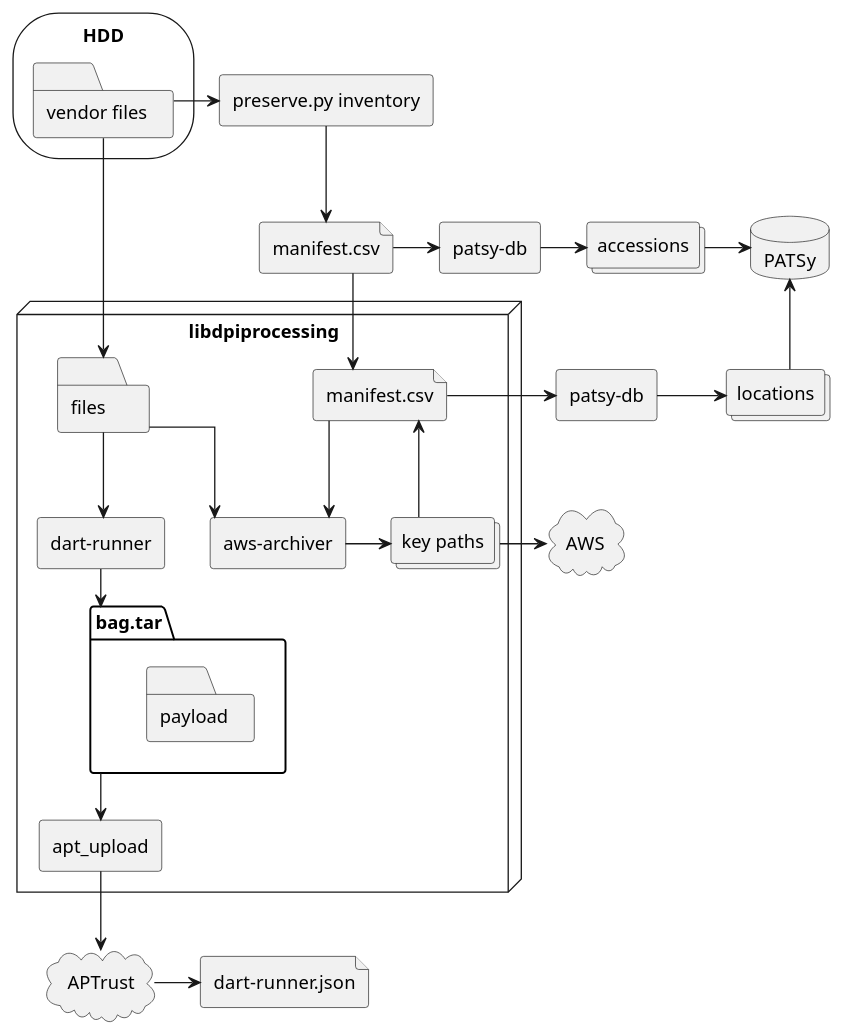
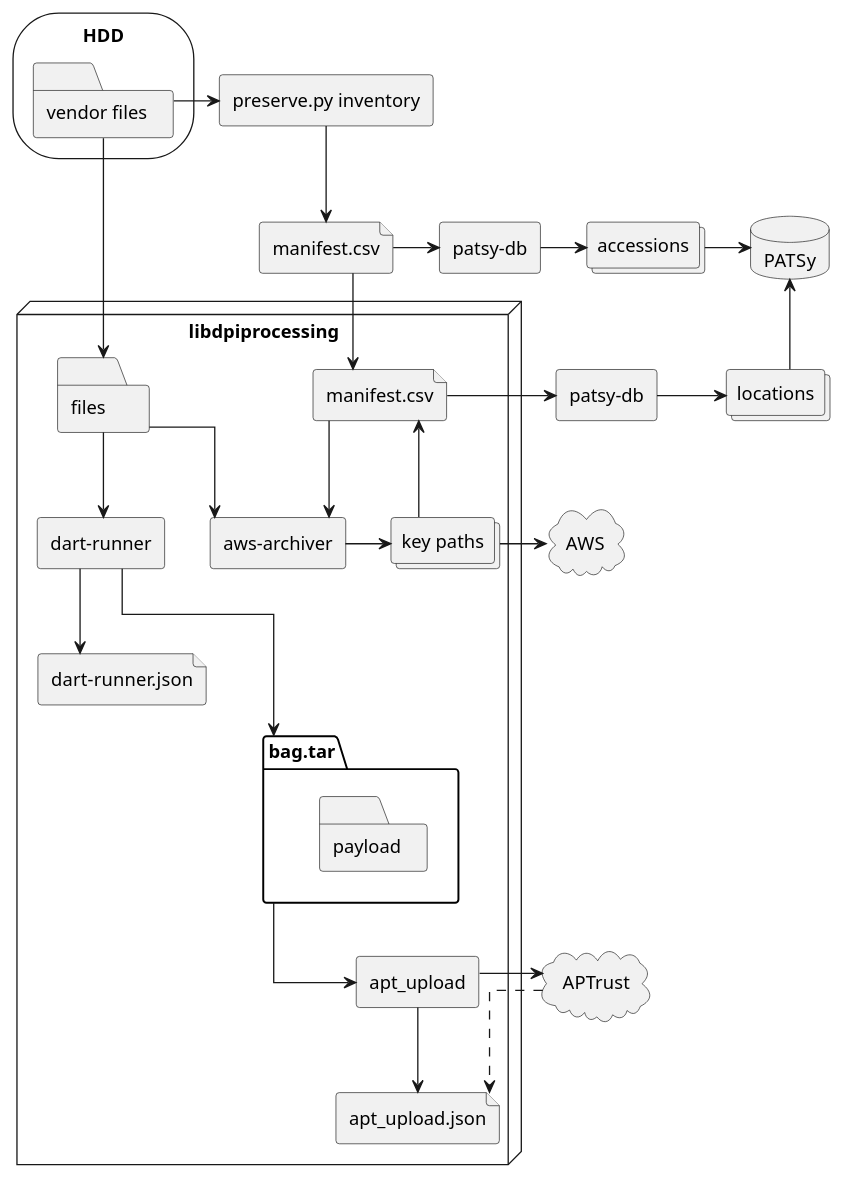
The diagram in docs/process.puml (umd-lib/digital-preservation-toolkit), drawn with PlantUML before and after one commit. The commit also changed 1 other file, not shown here.

Commit message:
LIBITD-2198. Update current process diagram
* Show that dart-runner generates the dart-runner.json file
* Show that apt_upload generates the apt_upload.json file, including data returned from APTrust

Per discussion at the 2022-09-26 Digital Collections Technical meeting.

https://issues.umd.edu/browse/LIBITD-2198

```diff
--- a/docs/process.puml
+++ b/docs/process.puml
@@ -1,52 +1,55 @@
-@startuml
+@startuml Digital Preservation Process
 skinparam linetype ortho
 
 storage HDD {
     folder vendorfiles as "vendor files"
 }
 rectangle inventory as "preserve.py inventory"
 file inventory.csv as "manifest.csv"
 collections accessions
 collections locations
 rectangle patsydb as "patsy-db"
 rectangle patsydbdeposit as "patsy-db"
 database PATSy
 node libdpiprocessing {
     folder files
     file manifest.csv
     rectangle awsarchiver as "aws-archiver"
     rectangle DART as "dart-runner"
     collections keypaths as "key paths"
     package bag.tar {
         folder payload
     }
     rectangle apt_upload
+    file dartrunner_json as "dart-runner.json"
+    file apt_upload_json as "apt_upload.json"
 }
-file dartrunner as "dart-runner.json"
 cloud AWS
 cloud APTrust
 
 inventory.csv --> manifest.csv
 vendorfiles --> files
 
 vendorfiles -> inventory
 inventory --> inventory.csv
 inventory.csv -> patsydb
 patsydb -> accessions
 accessions -> PATSy
 
 files --> awsarchiver
 manifest.csv --> awsarchiver
 awsarchiver -> keypaths
 keypaths -> AWS
 manifest.csv <-- keypaths
 manifest.csv -> patsydbdeposit
 patsydbdeposit -> locations
 PATSy <-- locations
 
 files --> DART
-DART --> bag.tar
+DART ---> bag.tar
 bag.tar --> apt_upload
-apt_upload --> APTrust
-APTrust -> dartrunner
+apt_upload -> APTrust
+APTrust ..> apt_upload_json
+apt_upload --> apt_upload_json
+DART --> dartrunner_json
 @enduml
```
